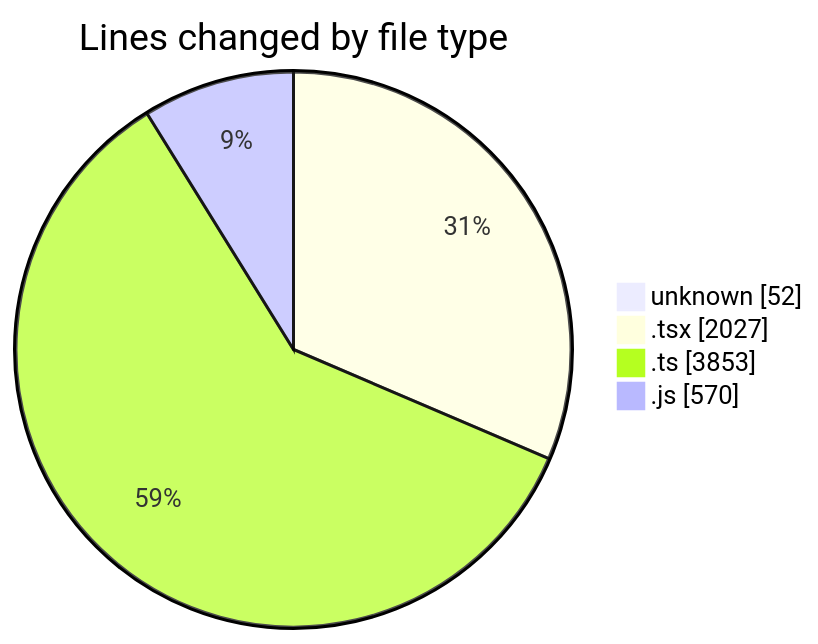
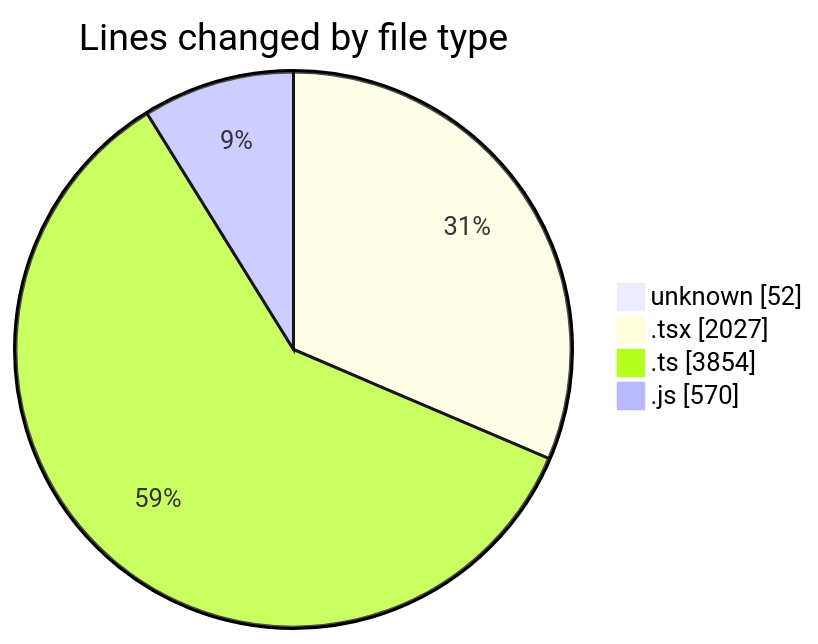
Before and after one commit to CELIANVF/code-tracking: the first of 2 diagrams in 2025-06-02/ecodeli-1/README.md, drawn with Mermaid. The commit also changed other lines of this file and 1 other file, not shown here.

````diff
--- a/2025-06-02/ecodeli-1/README.md
+++ b/2025-06-02/ecodeli-1/README.md
@@ -57,8 +58,8 @@
 ```mermaid
 pie showData
 title Lines changed by file type
 "unknown" : 52
 ".tsx" : 2027
-".ts" : 3853
+".ts" : 3854
 ".js" : 570
 ```
````
